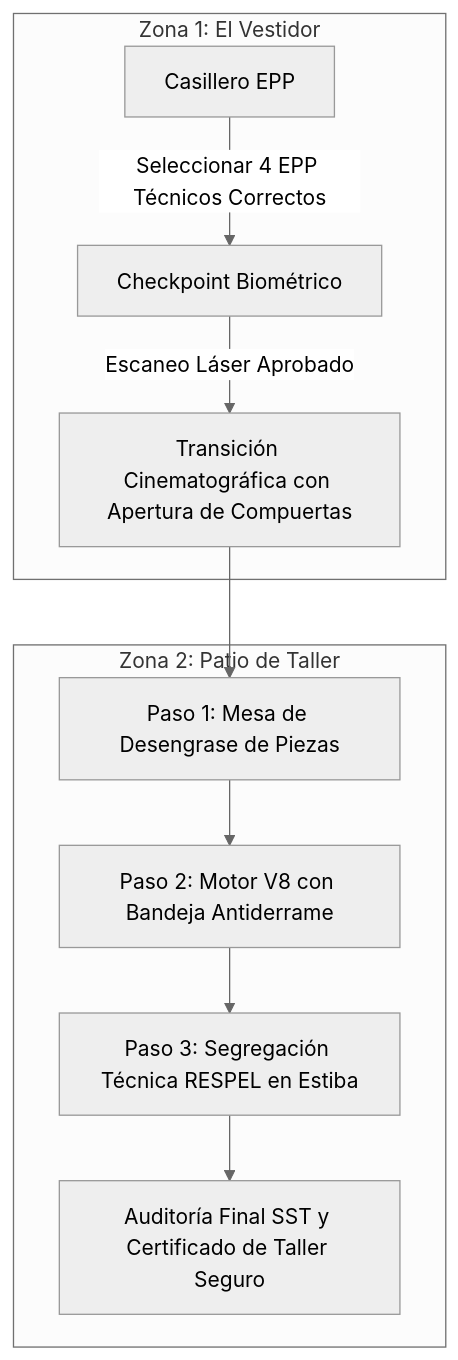
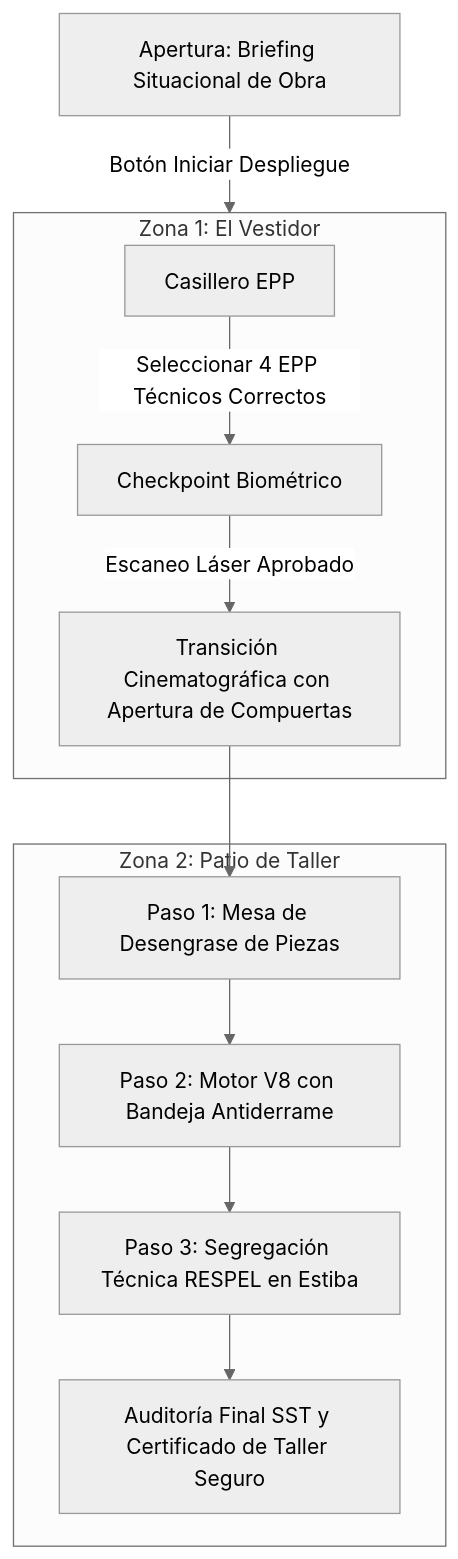
The diagram in docs/juegos/04_juego4_taller.md (Solprosig-S-A-S/01_SegurosBolivar), drawn with Mermaid (neutral theme) before and after one commit. The commit also changed other lines of this file and 24 other files, not shown here.

````diff
--- a/docs/juegos/04_juego4_taller.md
+++ b/docs/juegos/04_juego4_taller.md
@@ -40,13 +40,14 @@
 ```mermaid
 flowchart TD
-    subgraph Zona 1: El Vestidor
+    Z[Apertura: Briefing Situacional de Obra] -->|Botón Iniciar Despliegue| Zona1
+    subgraph Zona1 [Zona 1: El Vestidor]
         A[Casillero EPP] -->|Seleccionar 4 EPP Técnicos Correctos| B[Checkpoint Biométrico]
         B -->|Escaneo Láser Aprobado| C[Transición Cinematográfica con Apertura de Compuertas]
     end
-    subgraph Zona 2: Patio de Taller
+    subgraph Zona2 [Zona 2: Patio de Taller]
         C --> D[Paso 1: Mesa de Desengrase de Piezas]
         D --> E[Paso 2: Motor V8 con Bandeja Antiderrame]
         E --> F[Paso 3: Segregación Técnica RESPEL en Estiba]
         F --> G[Auditoría Final SST y Certificado de Taller Seguro]
     end
 ```
````
